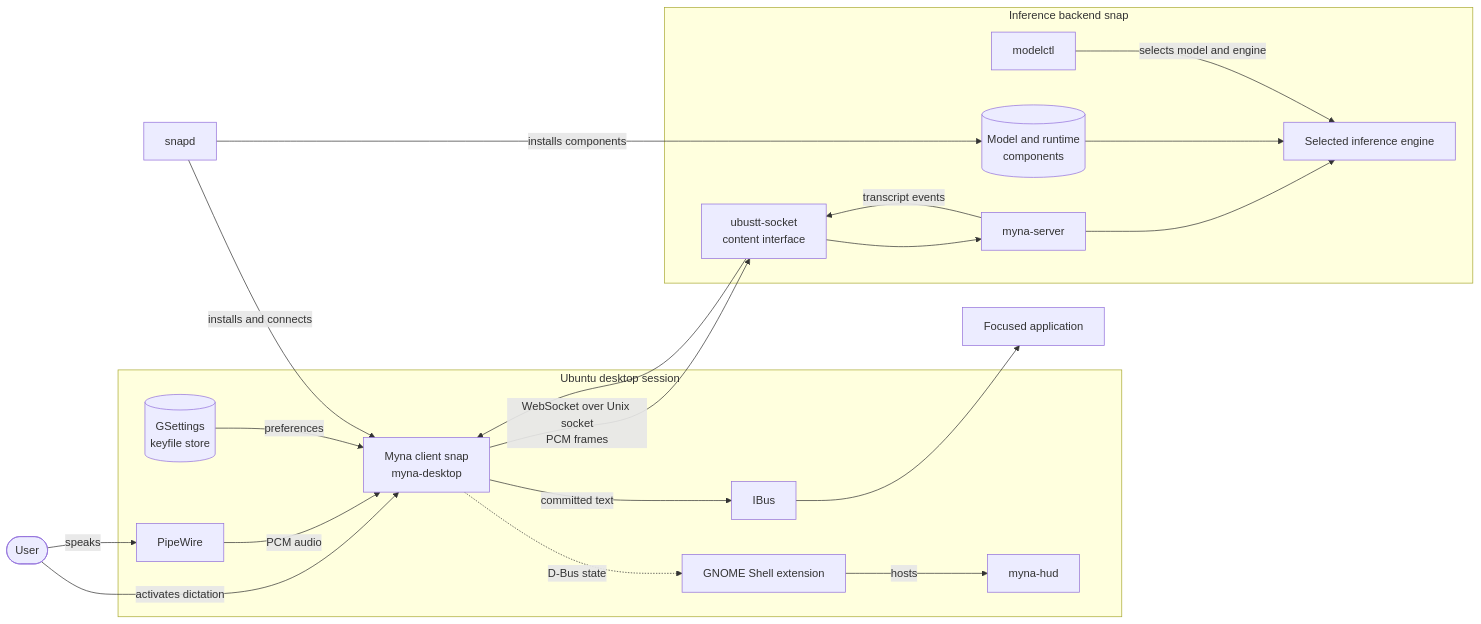
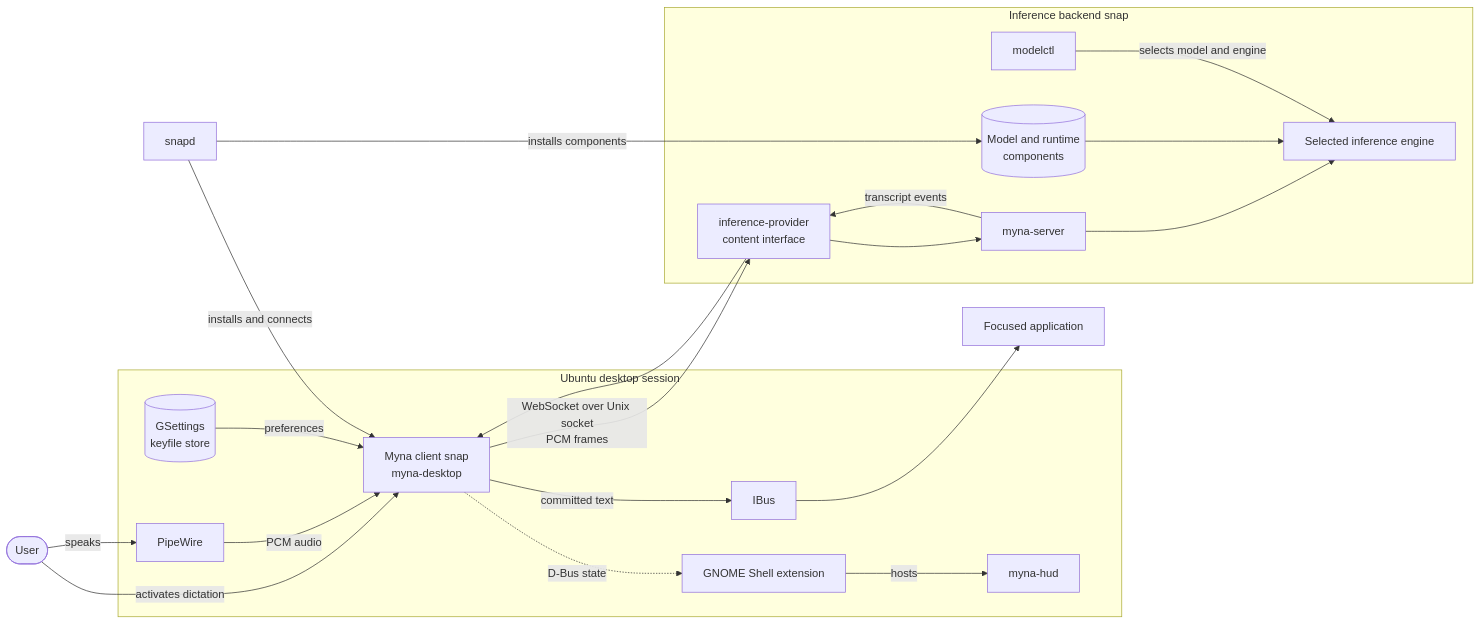
One commit to canonical/myna changed the diagram in .kb/system-architecture.md. Above: the diagram before and after it, drawn with Mermaid. The commit also changed other lines of this file and 6 other files, not shown here.

````diff
--- a/.kb/system-architecture.md
+++ b/.kb/system-architecture.md
@@ -9,44 +9,44 @@
 ```mermaid
 flowchart LR
     user([User])
     app["Focused application"]
     snapd["snapd"]
 
     subgraph desktop["Ubuntu desktop session"]
         pipewire["PipeWire"]
         client["Myna client snap<br/>myna-desktop"]
         settings[("GSettings<br/>keyfile store")]
         ibus["IBus"]
         shell["GNOME Shell extension"]
         hud["myna-hud"]
     end
 
     subgraph inference["Inference backend snap"]
-        socket["ubustt-socket<br/>content interface"]
+        socket["inference-provider<br/>content interface"]
         server["myna-server"]
         engine["Selected inference engine"]
         artifacts[("Model and runtime<br/>components")]
         modelctl["modelctl"]
     end
 
     user -->|"speaks"| pipewire
     user -->|"activates dictation"| client
     pipewire -->|"PCM audio"| client
     settings -->|"preferences"| client
 
     client -->|"WebSocket over Unix socket<br/>PCM frames"| socket
     socket --> server
     server --> engine
     artifacts --> engine
     server -->|"transcript events"| socket
     socket --> client
 
     client -->|"committed text"| ibus
     ibus --> app
     client -.->|"D-Bus state"| shell
     shell -->|"hosts"| hud
 
     snapd -->|"installs and connects"| client
     snapd -->|"installs components"| artifacts
     modelctl -->|"selects model and engine"| engine
 ```
````
